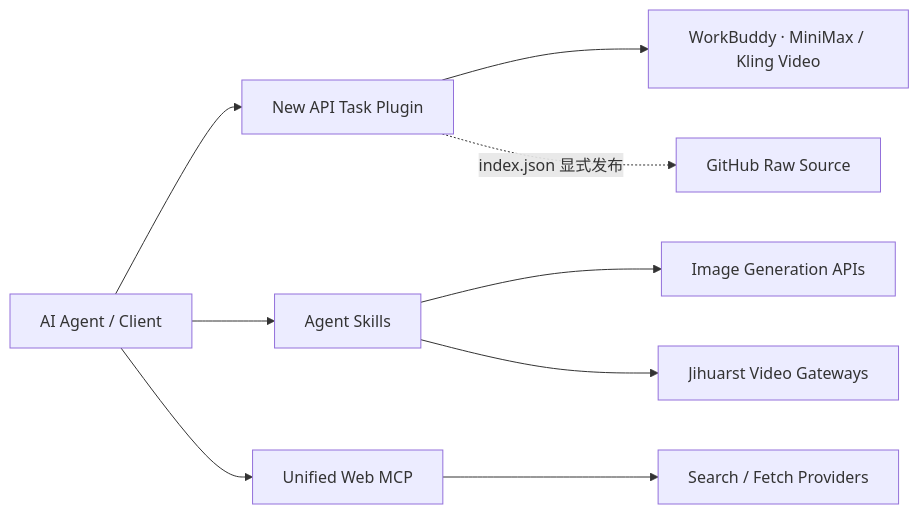
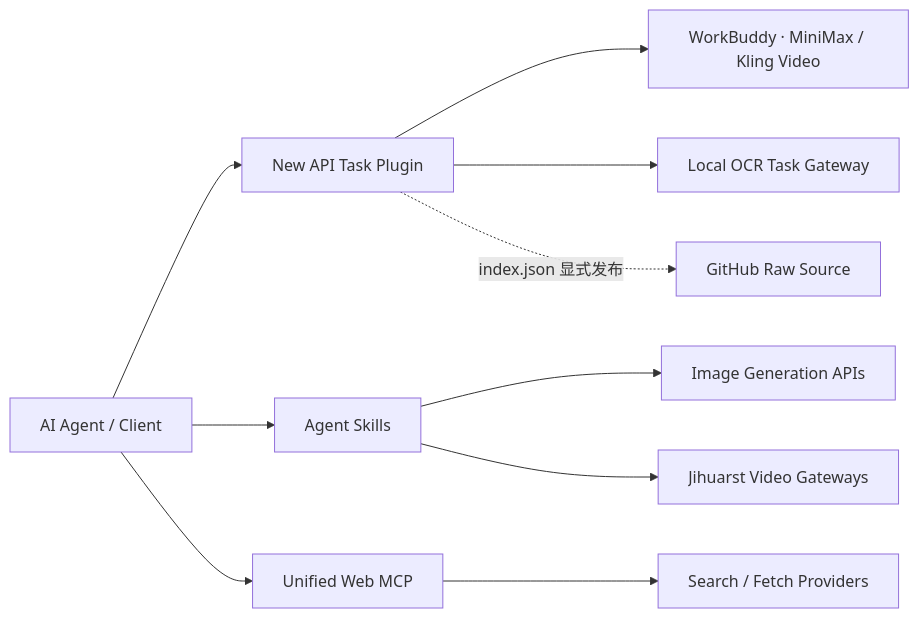
Before and after one commit to HeWenbin-bobo/new-api-plugins: the diagram in README.md, drawn with Mermaid. The commit also changed other lines of this file and 21 other files, not shown here.

First line of the commit message:
feat: integrate Local OCR plugin and Skill

````diff
--- a/README.md
+++ b/README.md
@@ -45,13 +49,14 @@
 ```mermaid
 flowchart LR
     U[AI Agent / Client] --> P[New API Task Plugin]
     U --> S[Agent Skills]
     U --> M[Unified Web MCP]
 
     P --> W[WorkBuddy · MiniMax / Kling Video]
+    P --> O[Local OCR Task Gateway]
     S --> I[Image Generation APIs]
     S --> V[Jihuarst Video Gateways]
     M --> R[Search / Fetch Providers]
 
     P -. "index.json 显式发布" .-> G[GitHub Raw Source]
 ```
````
